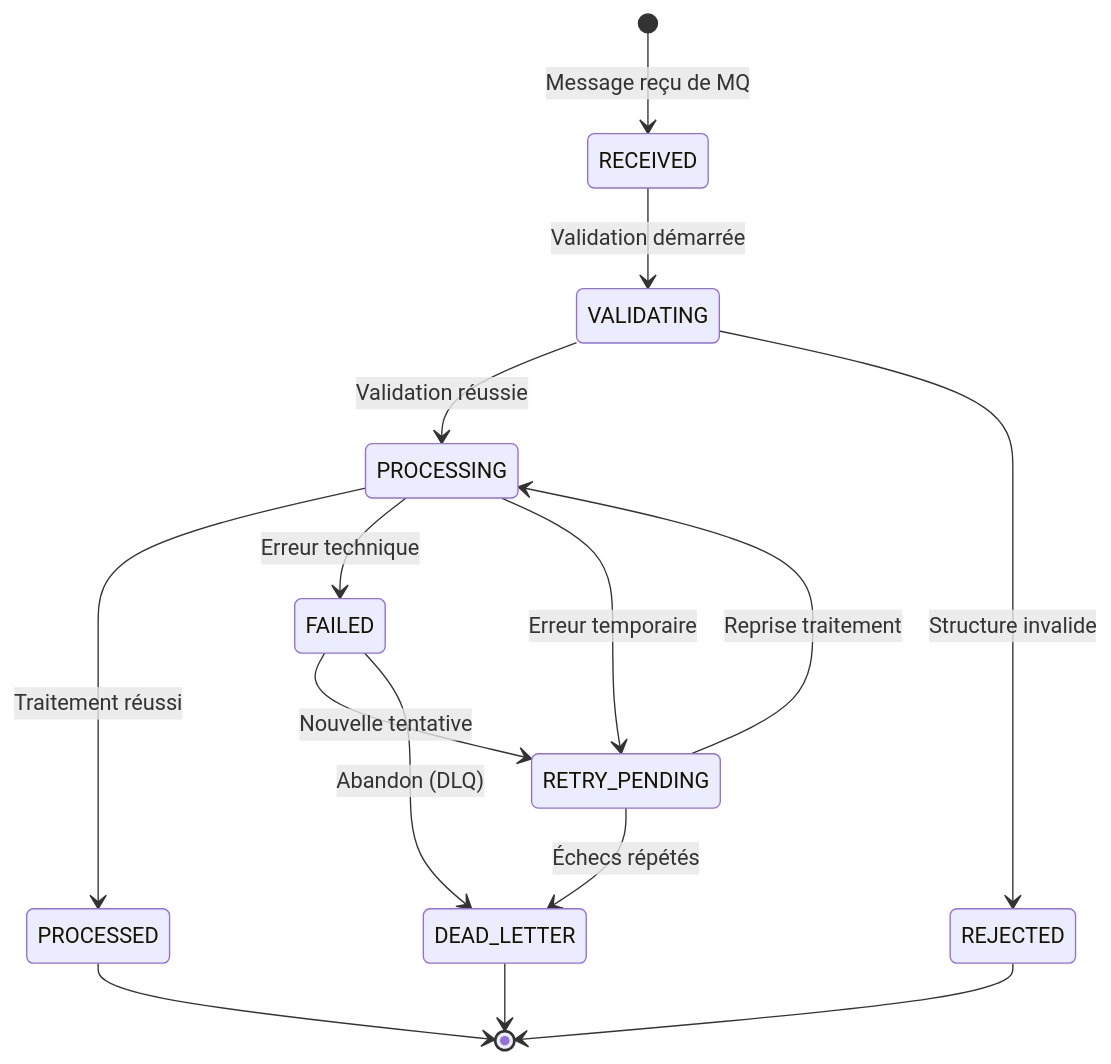
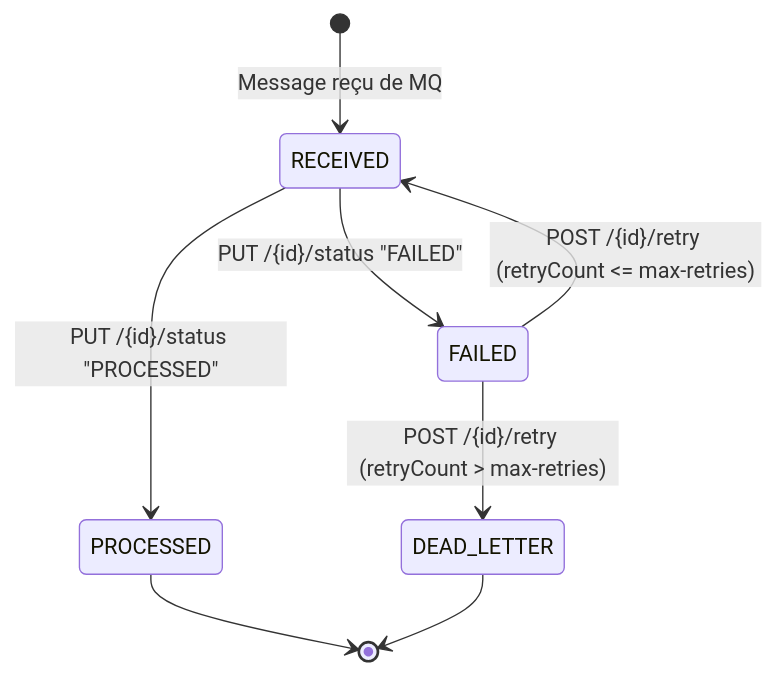
The second of 5 diagrams in docs/architecture/flux.md (mouhamadoulo/payment-messages), drawn with Mermaid before and after one commit. The commit also changed other lines of this file and 27 other files, not shown here.

````diff
--- a/docs/architecture/flux.md
+++ b/docs/architecture/flux.md
@@ -26,17 +26,10 @@
 ```mermaid
 stateDiagram-v2
     [*] --> RECEIVED: Message reçu de MQ
-    RECEIVED --> VALIDATING: Validation démarrée
-    VALIDATING --> PROCESSING: Validation réussie
-    VALIDATING --> REJECTED: Structure invalide
-    PROCESSING --> PROCESSED: Traitement réussi
-    PROCESSING --> FAILED: Erreur technique
-    PROCESSING --> RETRY_PENDING: Erreur temporaire
-    FAILED --> RETRY_PENDING: Nouvelle tentative
-    RETRY_PENDING --> PROCESSING: Reprise traitement
-    FAILED --> DEAD_LETTER: Abandon (DLQ)
-    RETRY_PENDING --> DEAD_LETTER: Échecs répétés
+    RECEIVED --> PROCESSED: PUT /{id}/status "PROCESSED"
+    RECEIVED --> FAILED: PUT /{id}/status "FAILED"
+    FAILED --> RECEIVED: POST /{id}/retry (retryCount <= max-retries)
+    FAILED --> DEAD_LETTER: POST /{id}/retry (retryCount > max-retries)
     PROCESSED --> [*]
-    REJECTED --> [*]
     DEAD_LETTER --> [*]
 ```
````
